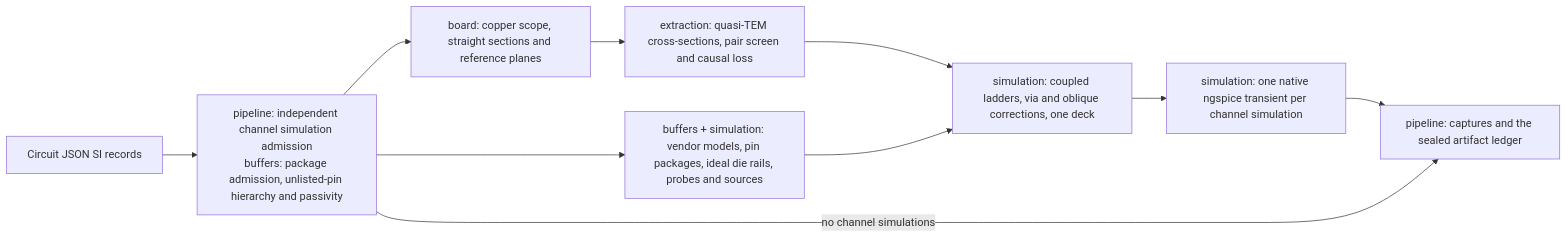
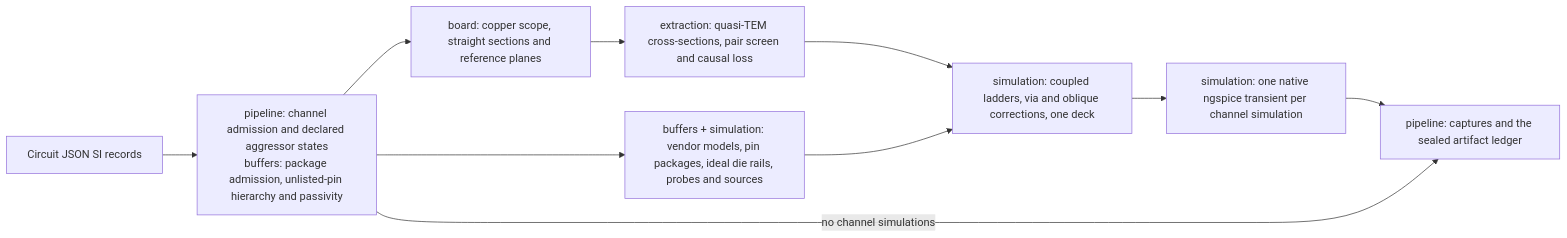
The first of 5 diagrams in docs/ARCHITECTURE.md (draarivpatel-ui/signal-integrity-pipeline), drawn with Mermaid before and after one commit. The commit also changed other lines of this file and 3 other files, not shown here.

Commit message:
docs and tests: carry aggressor states into the routed pipeline

````diff
--- a/docs/ARCHITECTURE.md
+++ b/docs/ARCHITECTURE.md
@@ -23,12 +23,12 @@
 ```mermaid
 flowchart LR
-  source["Circuit JSON SI records"] --> admit["pipeline: independent channel simulation admission<br/>buffers: package admission, unlisted-pin hierarchy and passivity"]
+  source["Circuit JSON SI records"] --> admit["pipeline: channel admission and declared aggressor states<br/>buffers: package admission, unlisted-pin hierarchy and passivity"]
   admit --> sections["board: copper scope, straight sections and reference planes"]
   sections --> fields["extraction: quasi-TEM cross-sections, pair screen and causal loss"]
   admit --> bindings["buffers + simulation: vendor models, pin packages, ideal die rails, probes and sources"]
   fields --> network["simulation: coupled ladders, via and oblique corrections, one deck"]
   bindings --> network
   network --> transient["simulation: one native ngspice transient per channel simulation"]
   transient --> output["pipeline: captures and the sealed artifact ledger"]
   admit -->|"no channel simulations"| output
 ```
````
